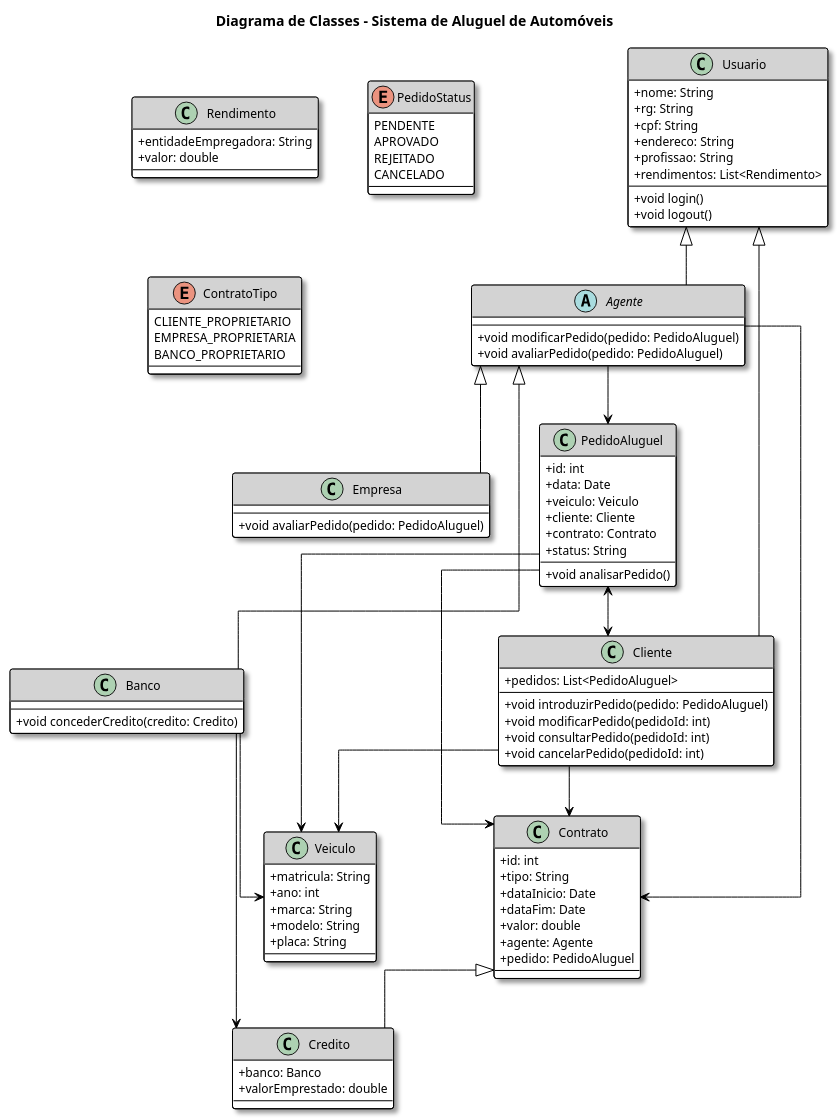
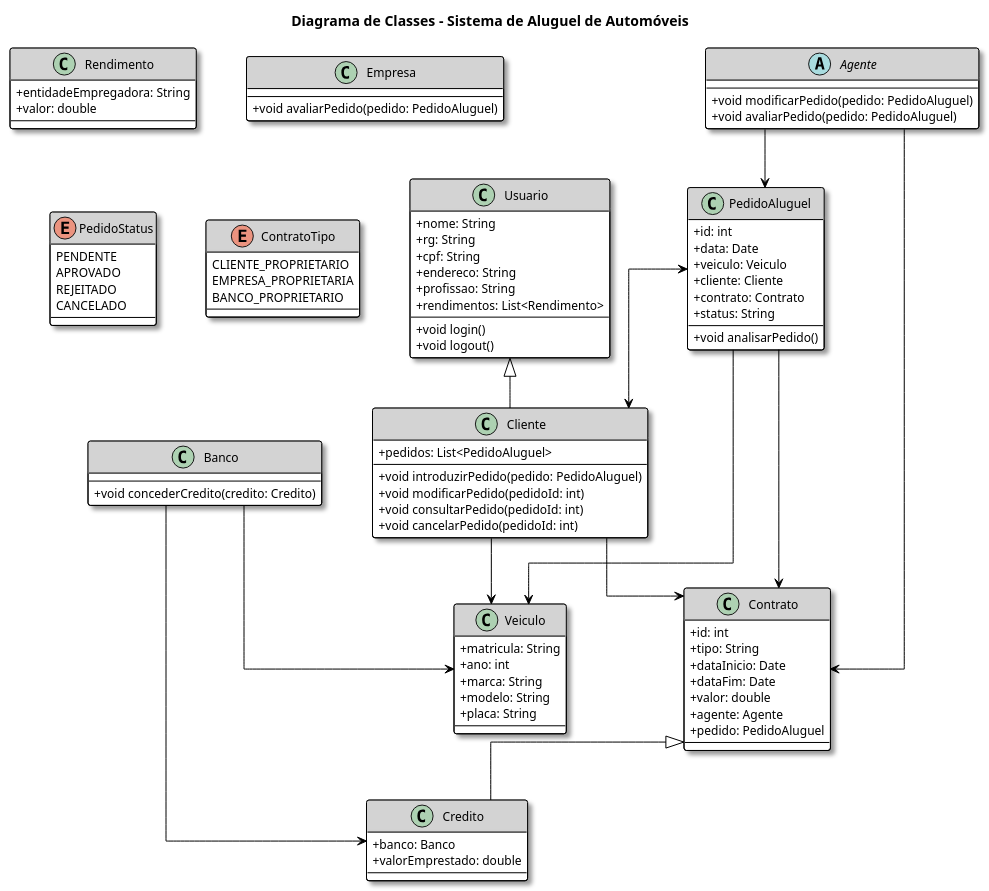
The diagram in projeto/DiagramaDeClasses.puml (Salomao0tavio/AlugueisCarros), drawn with PlantUML before and after one commit. The commit also changed 3 other files, not shown here.

```diff
--- a/projeto/DiagramaDeClasses.puml
+++ b/projeto/DiagramaDeClasses.puml
@@ -1,114 +1,114 @@
 @startuml
 skinparam classAttributeIconSize 0
 skinparam classFontSize 14
 skinparam classFontColor Black
 skinparam shadowing true
 skinparam linetype ortho
 skinparam classBackgroundColor White
 skinparam classBorderColor Black
 skinparam classBorderThickness 1
 skinparam classHeaderBackgroundColor LightGray
 skinparam classHeaderFontColor White
 skinparam classAttributeFontSize 12
 skinparam classAttributeFontColor Black
 skinparam arrowColor Black
 skinparam arrowThickness 1
 skinparam arrowFontSize 13
 skinparam arrowFontColor Black
 skinparam nodesep 50
 skinparam ranksep 50
 title Diagrama de Classes - Sistema de Aluguel de Automóveis
 
 class Usuario {
   + nome: String
   + rg: String
   + cpf: String
   + endereco: String
   + profissao: String
   + rendimentos: List<Rendimento>
   + void login()
   + void logout()
 }
 
 class Rendimento {
   + entidadeEmpregadora: String
   + valor: double
 }
 
 class Cliente extends Usuario {
   + pedidos: List<PedidoAluguel>
   + void introduzirPedido(pedido: PedidoAluguel)
   + void modificarPedido(pedidoId: int)
   + void consultarPedido(pedidoId: int)
   + void cancelarPedido(pedidoId: int)
 }
 
-abstract class Agente extends Usuario {
+abstract class Agente  {
   + void modificarPedido(pedido: PedidoAluguel)
   + void avaliarPedido(pedido: PedidoAluguel)
 }
 
 class PedidoAluguel {
   + id: int
   + data: Date
   + veiculo: Veiculo
   + cliente: Cliente
   + contrato: Contrato
   + status: String
   + void analisarPedido()
 }
 
 class Veiculo {
   + matricula: String
   + ano: int
   + marca: String
   + modelo: String
   + placa: String
 }
 
 class Contrato {
   + id: int
   + tipo: String
   + dataInicio: Date
   + dataFim: Date
   + valor: double
   + agente: Agente
   + pedido: PedidoAluguel
 }
 
 class Credito extends Contrato {
   + banco: Banco
   + valorEmprestado: double
 }
 
-class Banco extends Agente {
+class Banco  {
   + void concederCredito(credito: Credito)
 }
 
-class Empresa extends Agente {
+class Empresa  {
   + void avaliarPedido(pedido: PedidoAluguel)
 }
 
 enum PedidoStatus {
     PENDENTE
     APROVADO
     REJEITADO
     CANCELADO
 }
 
 enum ContratoTipo {
     CLIENTE_PROPRIETARIO
     EMPRESA_PROPRIETARIA
     BANCO_PROPRIETARIO
 }
  
 PedidoAluguel --> Veiculo
 PedidoAluguel --> Contrato 
 PedidoAluguel <--> Cliente 
 Agente --> PedidoAluguel 
 Banco --> Credito 
 Cliente --> Veiculo 
 Banco --> Veiculo 
 Cliente --> Contrato 
 Agente --> Contrato 
 @enduml
```
